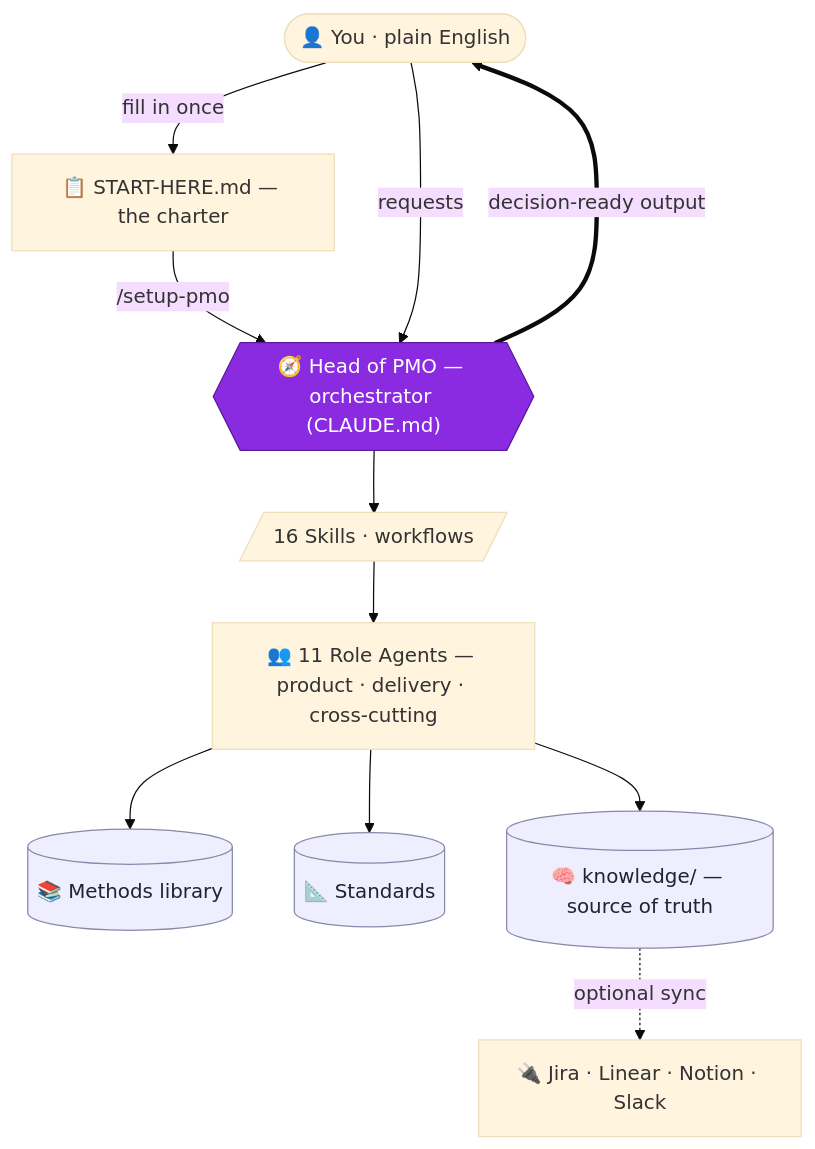
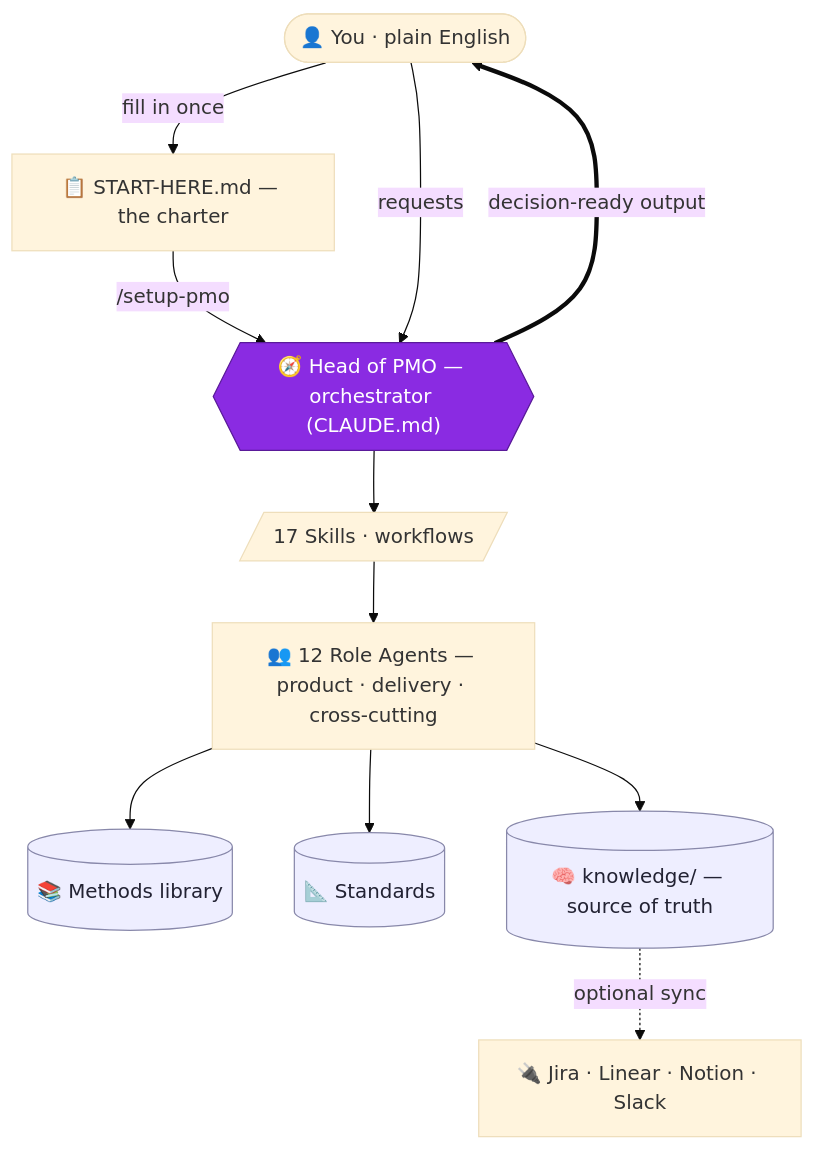
One commit to link7373/agentic-pmo changed the first of 2 diagrams in README.md. Above: the diagram before and after it, drawn with Mermaid (base theme). The commit also changed other lines of this file and 75 other files, not shown here.

````diff
--- a/README.md
+++ b/README.md
@@ -30,18 +34,18 @@
 ```mermaid
 flowchart TD
     A(["👤 You · plain English"]) -->|"fill in once"| B["📋 START-HERE.md — the charter"]
     B -->|"/setup-pmo"| M
     A -->|"requests"| M{{"🧭 Head of PMO — orchestrator (CLAUDE.md)"}}
-    M --> SK[/"16 Skills · workflows"/]
-    SK --> AG["👥 11 Role Agents — product · delivery · cross-cutting"]
+    M --> SK[/"17 Skills · workflows"/]
+    SK --> AG["👥 12 Role Agents — product · delivery · cross-cutting"]
     AG --> ME[("📚 Methods library")]
     AG --> ST[("📐 Standards")]
     AG --> KN[("🧠 knowledge/ — source of truth")]
     KN -. "optional sync" .-> TOOLS["🔌 Jira · Linear · Notion · Slack"]
     M ==>|"decision-ready output"| A
 
     classDef hub fill:#8A2BE2,stroke:#5a1a9a,color:#fff;
     classDef store fill:#eef,stroke:#88a,color:#223;
     class M hub;
     class ME,ST,KN store;
 ```
````
